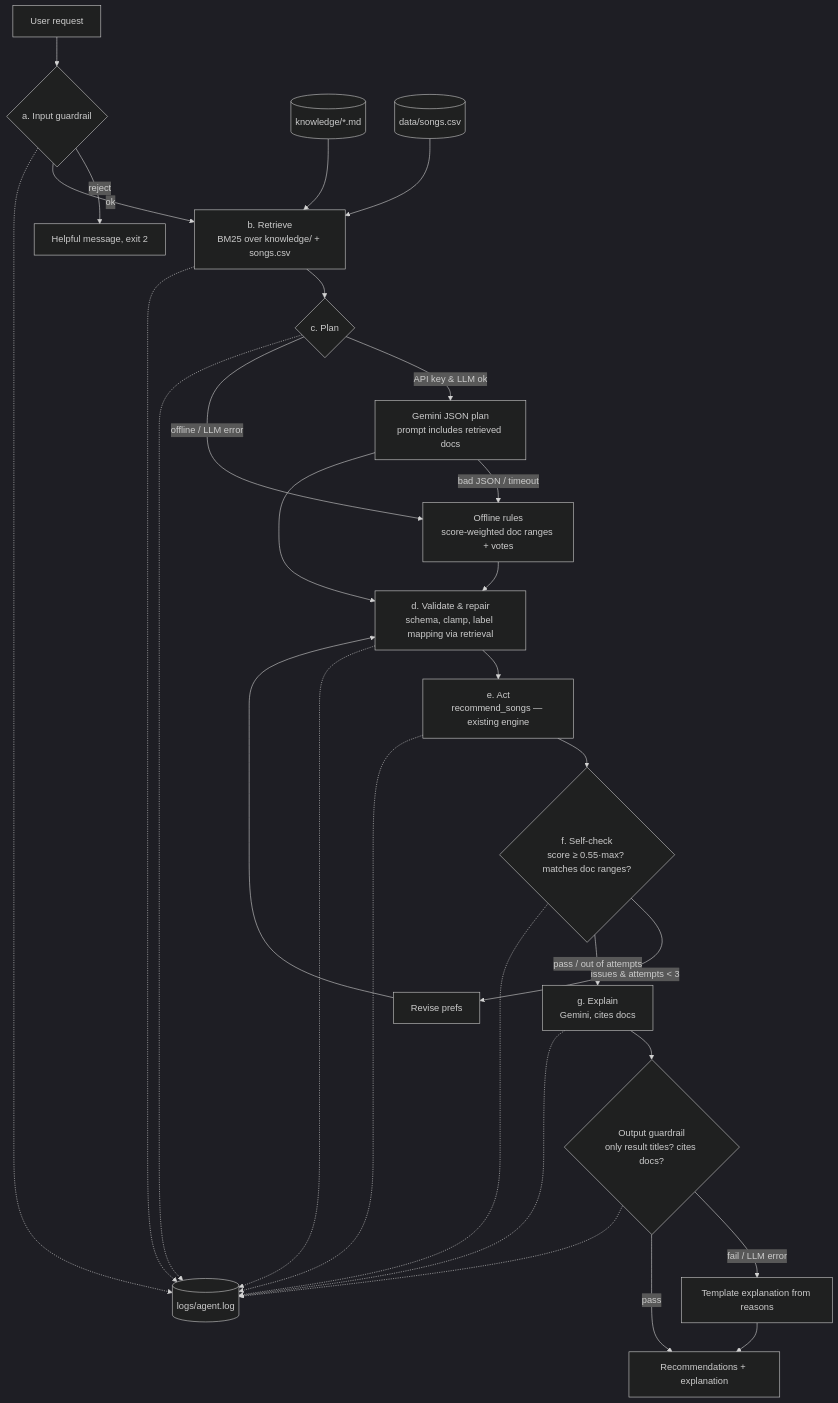
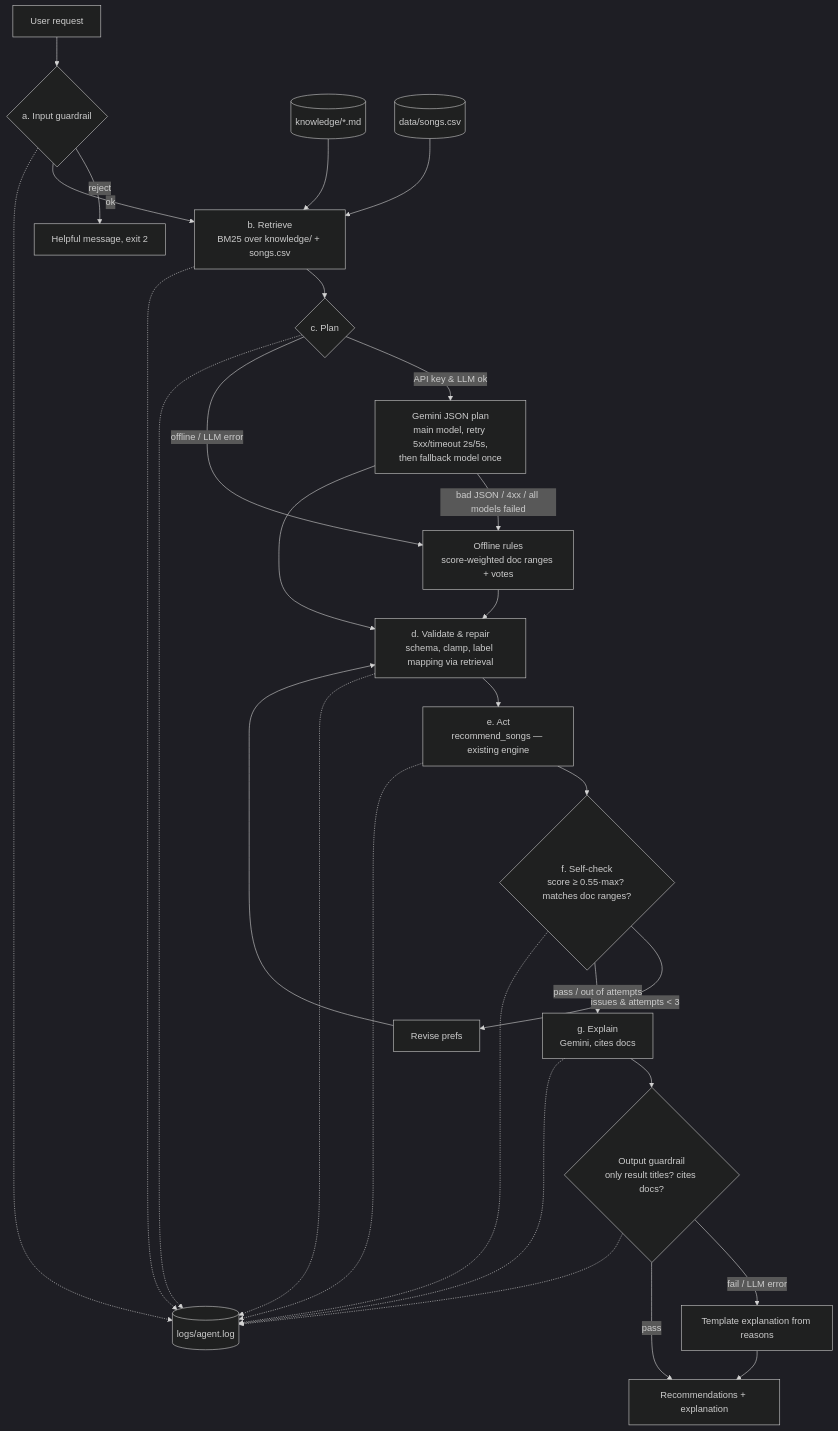
Before and after one commit to CarlitoTF99/applied-ai-system-project: the diagram in docs/DESIGN.md, drawn with Mermaid (dark theme). The commit also changed other lines of this file and 16 other files, not shown here.

````diff
--- a/docs/DESIGN.md
+++ b/docs/DESIGN.md
@@ -307,23 +342,23 @@
 ```mermaid
 flowchart TD
     U[User request] --> A{a. Input guardrail}
     A -- reject --> R[Helpful message, exit 2]
     A -- ok --> B[b. Retrieve<br/>BM25 over knowledge/ + songs.csv]
     KB[(knowledge/*.md)] --> B
     CSV[(data/songs.csv)] --> B
     B --> C{c. Plan}
-    C -- API key & LLM ok --> CL[Gemini JSON plan<br/>prompt includes retrieved docs]
+    C -- API key & LLM ok --> CL[Gemini JSON plan<br/>main model, retry 5xx/timeout 2s/5s,<br/>then fallback model once]
     C -- offline / LLM error --> CO[Offline rules<br/>score-weighted doc ranges + votes]
-    CL -- bad JSON / timeout --> CO
+    CL -- bad JSON / 4xx / all models failed --> CO
     CL --> D[d. Validate & repair<br/>schema, clamp, label mapping via retrieval]
     CO --> D
     D --> E[e. Act<br/>recommend_songs — existing engine]
     E --> F{f. Self-check<br/>score ≥ 0.55·max? matches doc ranges?}
     F -- issues & attempts < 3 --> V[Revise prefs] --> D
     F -- pass / out of attempts --> G[g. Explain<br/>Gemini, cites docs]
     G --> H{Output guardrail<br/>only result titles? cites docs?}
     H -- fail / LLM error --> T[Template explanation from reasons]
     H -- pass --> O[Recommendations + explanation]
     T --> O
     A & B & C & D & E & F & G & H -.-> L[(logs/agent.log)]
 ```
````
